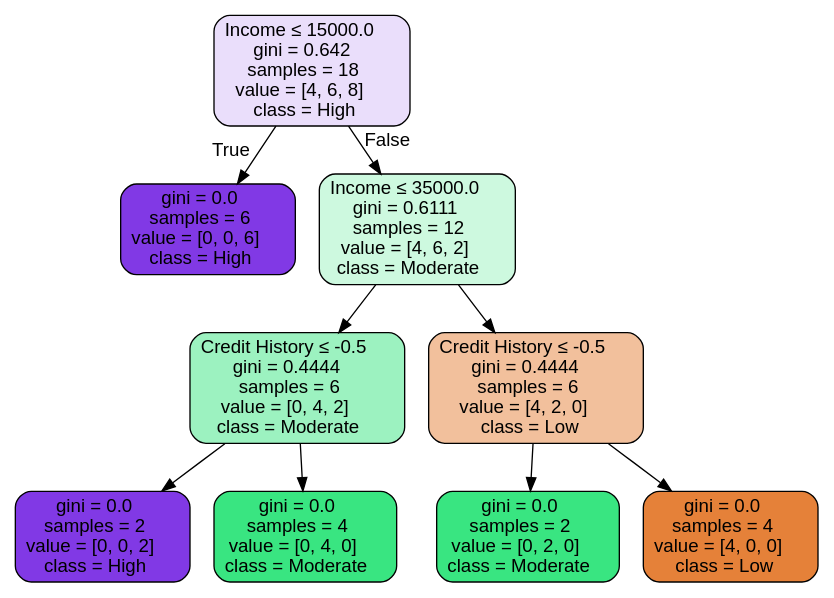
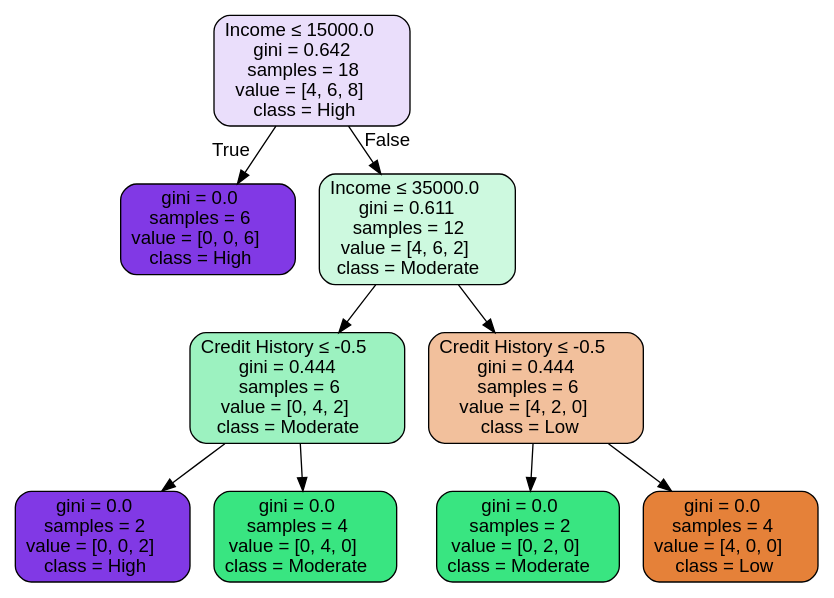
The diagram in pystats/hackermath/tree.dot (SocratesClub/bigdata), drawn with Graphviz before and after one commit. The commit also changed 22 other files, not shown here.

```diff
--- a/pystats/hackermath/tree.dot
+++ b/pystats/hackermath/tree.dot
@@ -1,21 +1,21 @@
 digraph Tree {
 node [shape=box, style="filled, rounded", color="black", fontname=helvetica] ;
 edge [fontname=helvetica] ;
 0 [label=<Income &le; 15000.0<br/>gini = 0.642<br/>samples = 18<br/>value = [4, 6, 8]<br/>class = High>, fillcolor="#8139e52a"] ;
 1 [label=<gini = 0.0<br/>samples = 6<br/>value = [0, 0, 6]<br/>class = High>, fillcolor="#8139e5ff"] ;
 0 -> 1 [labeldistance=2.5, labelangle=45, headlabel="True"] ;
-2 [label=<Income &le; 35000.0<br/>gini = 0.6111<br/>samples = 12<br/>value = [4, 6, 2]<br/>class = Moderate>, fillcolor="#39e58140"] ;
+2 [label=<Income &le; 35000.0<br/>gini = 0.611<br/>samples = 12<br/>value = [4, 6, 2]<br/>class = Moderate>, fillcolor="#39e58140"] ;
 0 -> 2 [labeldistance=2.5, labelangle=-45, headlabel="False"] ;
-3 [label=<Credit History &le; -0.5<br/>gini = 0.4444<br/>samples = 6<br/>value = [0, 4, 2]<br/>class = Moderate>, fillcolor="#39e5817f"] ;
+3 [label=<Credit History &le; -0.5<br/>gini = 0.444<br/>samples = 6<br/>value = [0, 4, 2]<br/>class = Moderate>, fillcolor="#39e5817f"] ;
 2 -> 3 ;
 4 [label=<gini = 0.0<br/>samples = 2<br/>value = [0, 0, 2]<br/>class = High>, fillcolor="#8139e5ff"] ;
 3 -> 4 ;
 5 [label=<gini = 0.0<br/>samples = 4<br/>value = [0, 4, 0]<br/>class = Moderate>, fillcolor="#39e581ff"] ;
 3 -> 5 ;
-6 [label=<Credit History &le; -0.5<br/>gini = 0.4444<br/>samples = 6<br/>value = [4, 2, 0]<br/>class = Low>, fillcolor="#e581397f"] ;
+6 [label=<Credit History &le; -0.5<br/>gini = 0.444<br/>samples = 6<br/>value = [4, 2, 0]<br/>class = Low>, fillcolor="#e581397f"] ;
 2 -> 6 ;
 7 [label=<gini = 0.0<br/>samples = 2<br/>value = [0, 2, 0]<br/>class = Moderate>, fillcolor="#39e581ff"] ;
 6 -> 7 ;
 8 [label=<gini = 0.0<br/>samples = 4<br/>value = [4, 0, 0]<br/>class = Low>, fillcolor="#e58139ff"] ;
 6 -> 8 ;
 }
```
